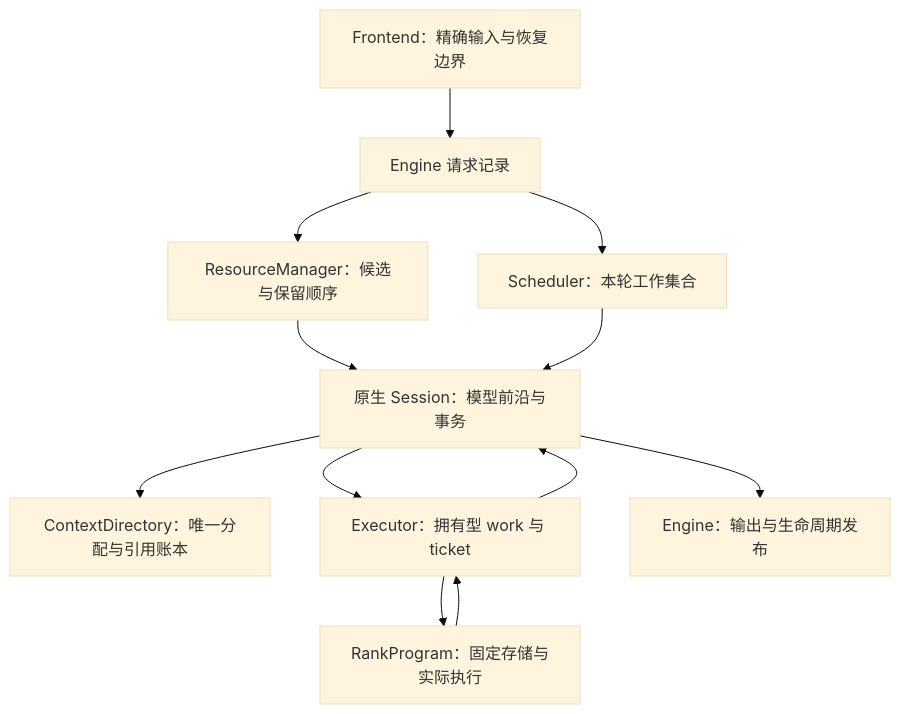
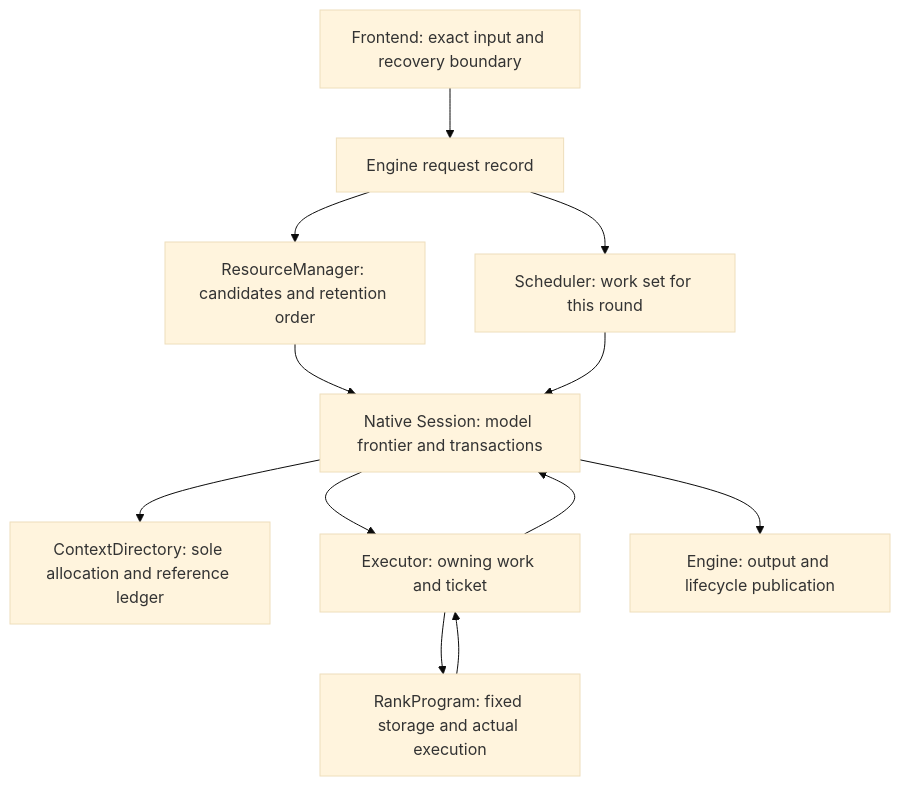
Before and after one commit to baristahaus/ninfer-gb10: the first of 2 diagrams in docs/maintainer/resource-scheduling-and-context-cache.md, drawn with Mermaid (base theme). The commit also changed other lines of this file and 31 other files, not shown here.

````diff
--- a/docs/maintainer/resource-scheduling-and-context-cache.md
+++ b/docs/maintainer/resource-scheduling-and-context-cache.md
@@ -38,14 +48,14 @@
 ```mermaid
 flowchart TD
-    F[Frontend：精确输入与恢复边界] --> Q[Engine 请求记录]
-    Q --> S[Scheduler：本轮工作集合]
-    Q --> R[ResourceManager：候选与保留顺序]
-    R --> N[原生 Session：模型前沿与事务]
+    F[Frontend: exact input and recovery boundary] --> Q[Engine request record]
+    Q --> S[Scheduler: work set for this round]
+    Q --> R[ResourceManager: candidates and retention order]
+    R --> N[Native Session: model frontier and transactions]
     S --> N
-    N --> D[ContextDirectory：唯一分配与引用账本]
-    N --> X[Executor：拥有型 work 与 ticket]
-    X --> P[RankProgram：固定存储与实际执行]
+    N --> D[ContextDirectory: sole allocation and reference ledger]
+    N --> X[Executor: owning work and ticket]
+    X --> P[RankProgram: fixed storage and actual execution]
     P --> X
     X --> N
-    N --> E[Engine：输出与生命周期发布]
+    N --> E[Engine: output and lifecycle publication]
 ```
````
